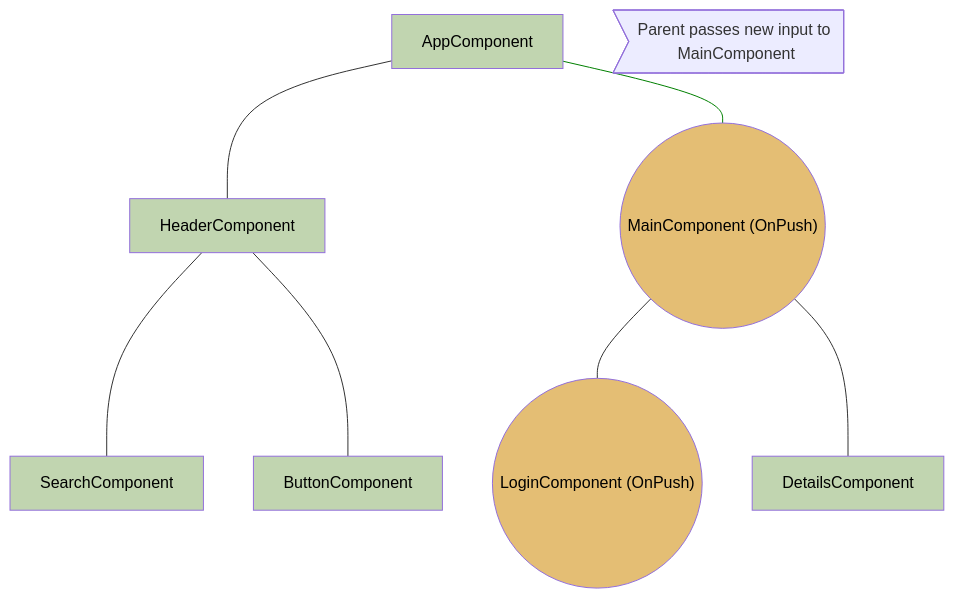
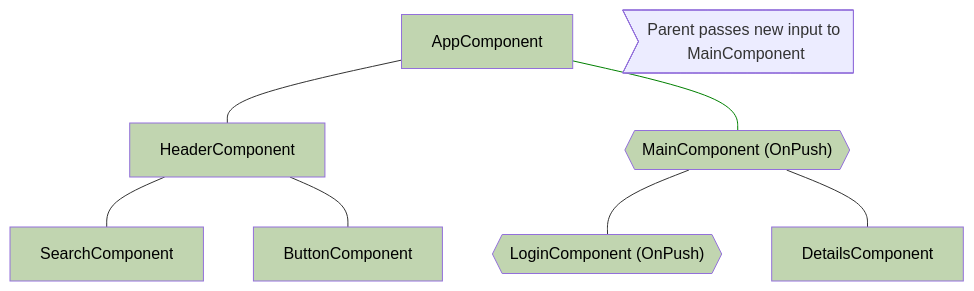
One commit to angular/angular changed the fourth of 4 diagrams in adev/src/content/best-practices/runtime-performance/skipping-subtrees.md. Above: the diagram before and after it, drawn with Mermaid. The commit also changed other lines of this file, not shown here.

````diff
--- a/adev/src/content/best-practices/runtime-performance/skipping-subtrees.md
+++ b/adev/src/content/best-practices/runtime-performance/skipping-subtrees.md
@@ -113,20 +113,20 @@
 ```mermaid
 graph TD;
     app[AppComponent] --- header[HeaderComponent];
-    app --- main(("MainComponent (OnPush)"));
+    app --- main{{"MainComponent (OnPush)"}};
     header --- search[SearchComponent];
     header --- button[ButtonComponent];
-    main --- login(("LoginComponent (OnPush)"));
+    main --- login{{"LoginComponent (OnPush)"}};
     main --- details[DetailsComponent];
     event>Parent passes new input to MainComponent]
 
-    style login fill:#E4BE74,color:#000
+    style login fill:#C1D5B0,color:#000
 
     linkStyle 1 stroke:green
     style app fill:#C1D5B0,color:#000
     style header fill:#C1D5B0,color:#000
     style button fill:#C1D5B0,color:#000
     style search fill:#C1D5B0,color:#000
-    style main fill:#E4BE74,color:#000
+    style main fill:#C1D5B0,color:#000
     style details fill:#C1D5B0,color:#000
 ```
````
